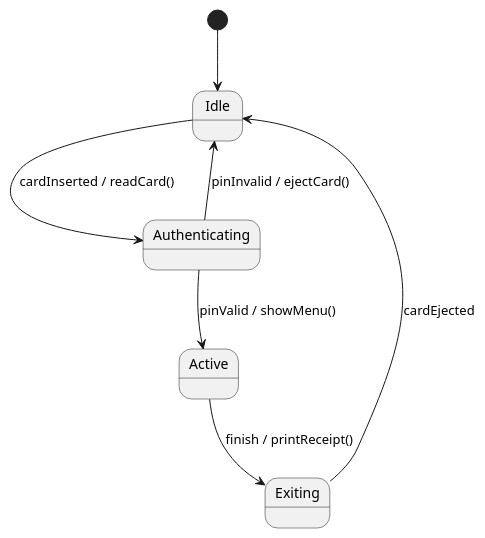
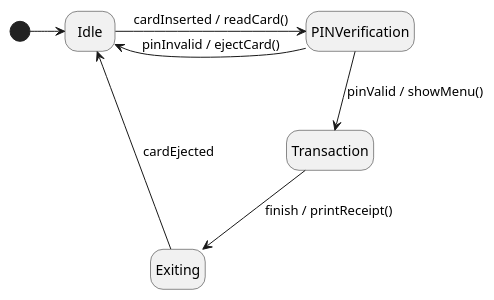
Before and after one commit to traiansf/traiansf.github.io: the second of 9 diagrams in class/amss2025/curs/06-state.md, drawn with PlantUML. The commit also changed other lines of this file and 6 other files, not shown here.

Commit message:
State diagrams: final

````diff
--- a/class/amss2025/curs/06-state.md
+++ b/class/amss2025/curs/06-state.md
@@ -71,10 +114,11 @@
 ```plantuml
 @startuml
-[*] --> Idle
-Idle --> Authenticating : cardInserted / readCard()
-Authenticating --> Active : pinValid / showMenu()
-Authenticating --> Idle : pinInvalid / ejectCard()
-Active --> Exiting : finish / printReceipt()
-Exiting --> Idle : cardEjected
+hide empty description
+[*] -r-> Idle
+Idle -r-> PINVerification : cardInserted / readCard()
+PINVerification -d-> Transaction : pinValid / showMenu()
+PINVerification -l-> Idle : pinInvalid / ejectCard()
+Transaction -d-> Exiting : finish / printReceipt()
+Exiting -u-> Idle : cardEjected
 @enduml
 ```
````
